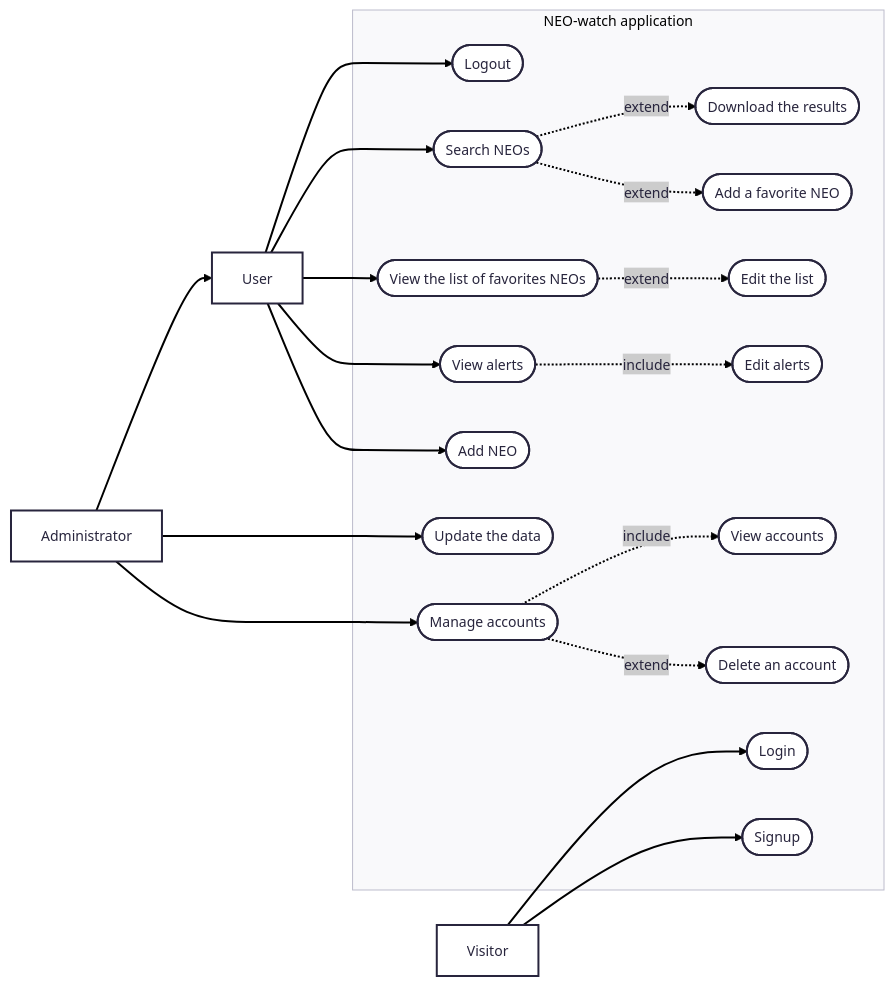
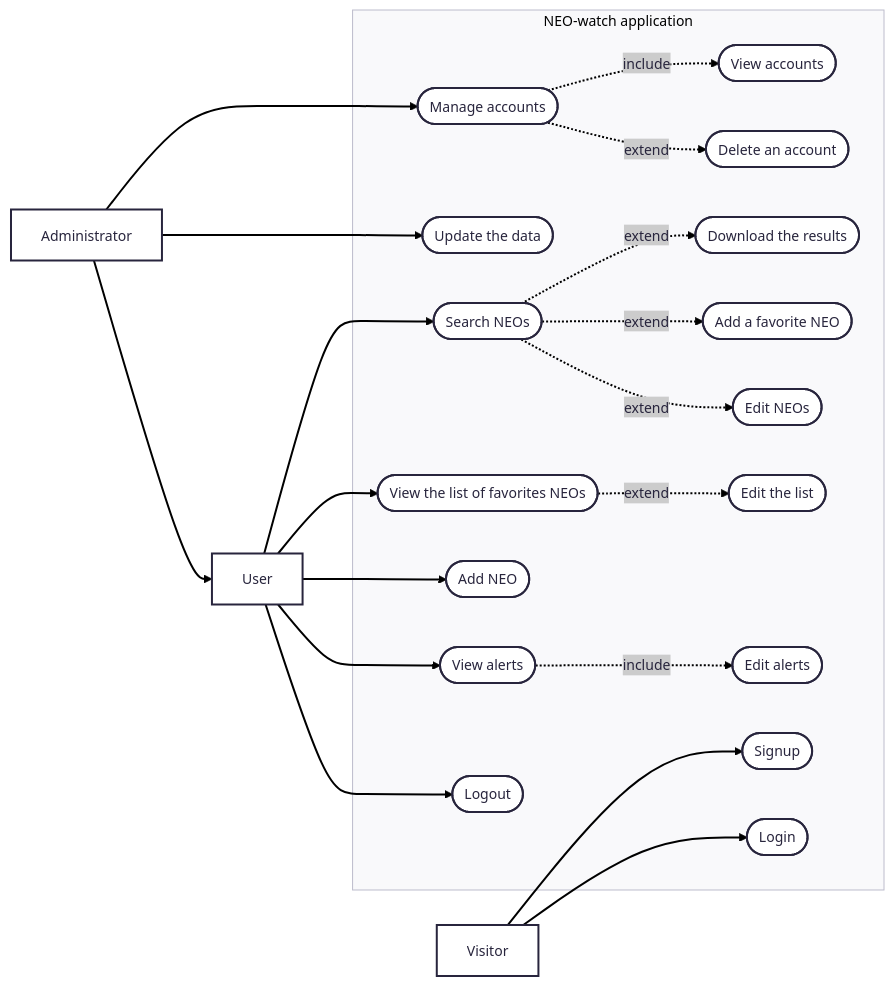
One commit to Yazaaaaaa/ensai-it-project-2a-team2 changed the diagram in doc/diagram/use_case_diagram.md. Above: the diagram before and after it, drawn with Mermaid.

Commit message:
Add 'Edit NEOs' use case to the diagram

````diff
--- a/doc/diagram/use_case_diagram.md
+++ b/doc/diagram/use_case_diagram.md
@@ -1,49 +1,51 @@
 ```mermaid
 ---
 config:
   theme: redux
 ---
 flowchart LR
     Visitor["Visitor"]
     User["User"]
     Admin["Administrator"]
 
     subgraph subgroup["NEO-watch application"]
         logout([Logout])
         search([Search NEOs])
         download([Download the results])
         favlist([View the list of favorites NEOs])
         addfav([Add a favorite NEO])
         editlist([Edit the list])
         alerts([View alerts])
         editalerts([Edit alerts])
         add([Add NEO])
         update([Update the data])
         manage([Manage accounts])
         accounts([View accounts])
         deleteaccount([Delete an account])
         login([Login])
         signup([Signup])
+        editneos([Edit NEOs])
         
     end
 
     
     User --> search
     User --> favlist
     User --> add
     User --> alerts
     User --> logout
     Admin --> manage
     Admin --> update
     Admin --> User
 
     Visitor --> signup
     Visitor --> login
 
     alerts -. "include" .-> editalerts
     manage -. "include" .-> accounts
     search -. "extend" .-> download
     search -. "extend" .-> addfav
+    search -. "extend" .-> editneos
     favlist -. "extend" .-> editlist
     manage -. "extend" .-> deleteaccount
 ```
````
